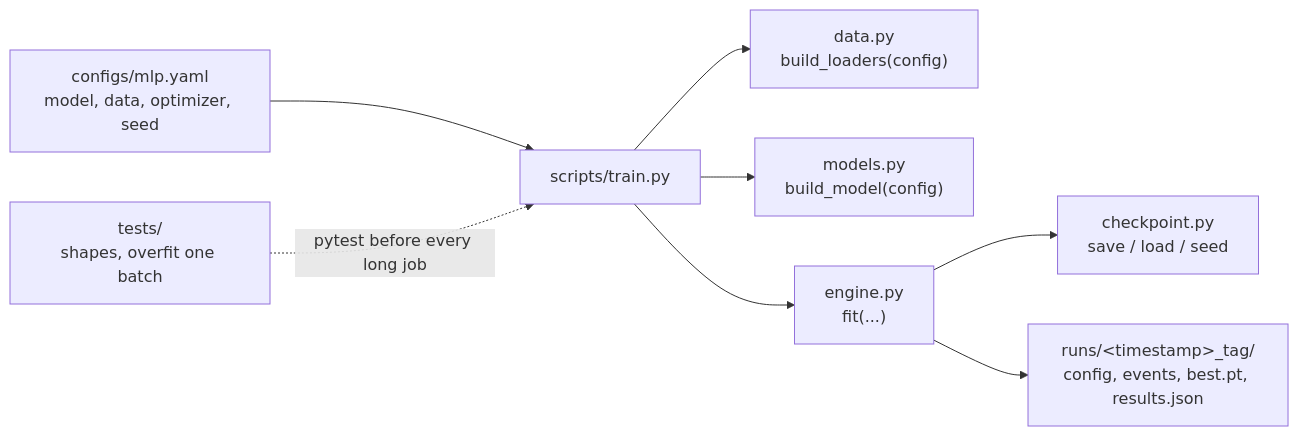
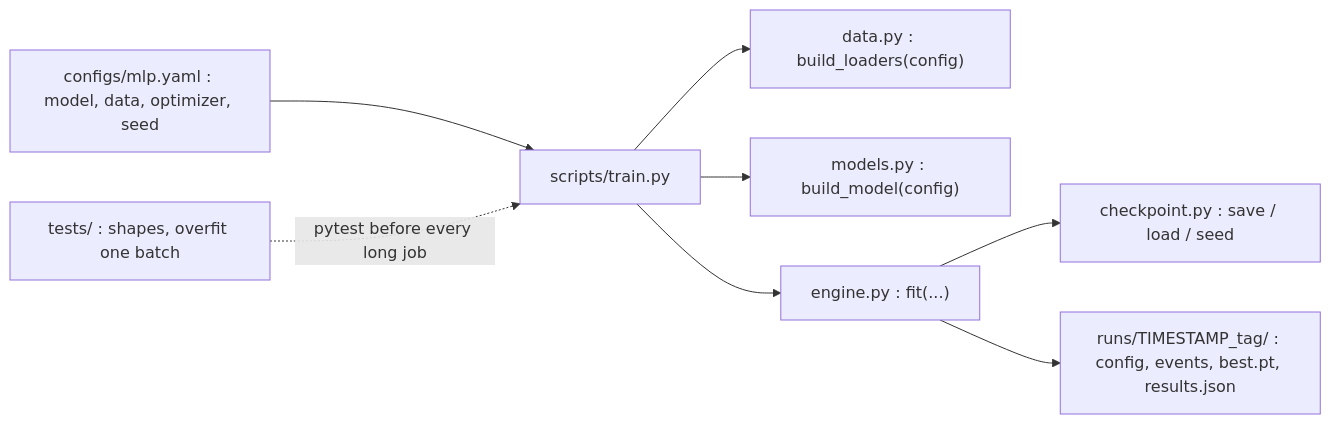
Before and after one commit to dthemann/deep-learning: the third of 3 diagrams in notebooks/05_pytorch_workflow_and_best_practices.md, drawn with Mermaid. The commit also changed other lines of this file and 13 other files, not shown here.

````diff
--- a/notebooks/05_pytorch_workflow_and_best_practices.md
+++ b/notebooks/05_pytorch_workflow_and_best_practices.md
@@ -538,10 +538,10 @@
 ```mermaid
 flowchart LR
-    CFG["configs/mlp.yaml<br/>model, data, optimizer, seed"] --> TR["scripts/train.py"]
-    TR --> D["data.py<br/>build_loaders(config)"]
-    TR --> M["models.py<br/>build_model(config)"]
-    TR --> E["engine.py<br/>fit(...)"]
-    E --> CK["checkpoint.py<br/>save / load / seed"]
-    E --> RUN["runs/&lt;timestamp&gt;_tag/<br/>config, events, best.pt, results.json"]
-    T["tests/<br/>shapes, overfit one batch"] -.pytest before every long job.-> TR
+    CFG["configs/mlp.yaml : model, data, optimizer, seed"] --> TR["scripts/train.py"]
+    TR --> D["data.py : build_loaders(config)"]
+    TR --> M["models.py : build_model(config)"]
+    TR --> E["engine.py : fit(...)"]
+    E --> CK["checkpoint.py : save / load / seed"]
+    E --> RUN["runs/TIMESTAMP_tag/ : config, events, best.pt, results.json"]
+    T["tests/ : shapes, overfit one batch"] -.pytest before every long job.-> TR
 ```
````
